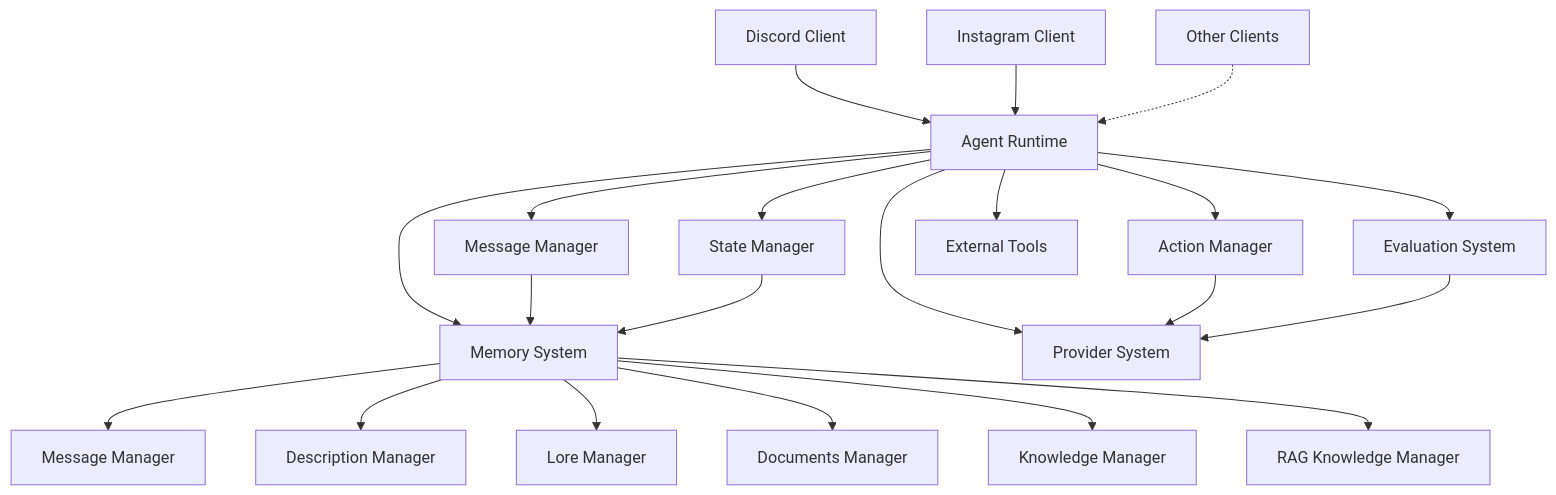
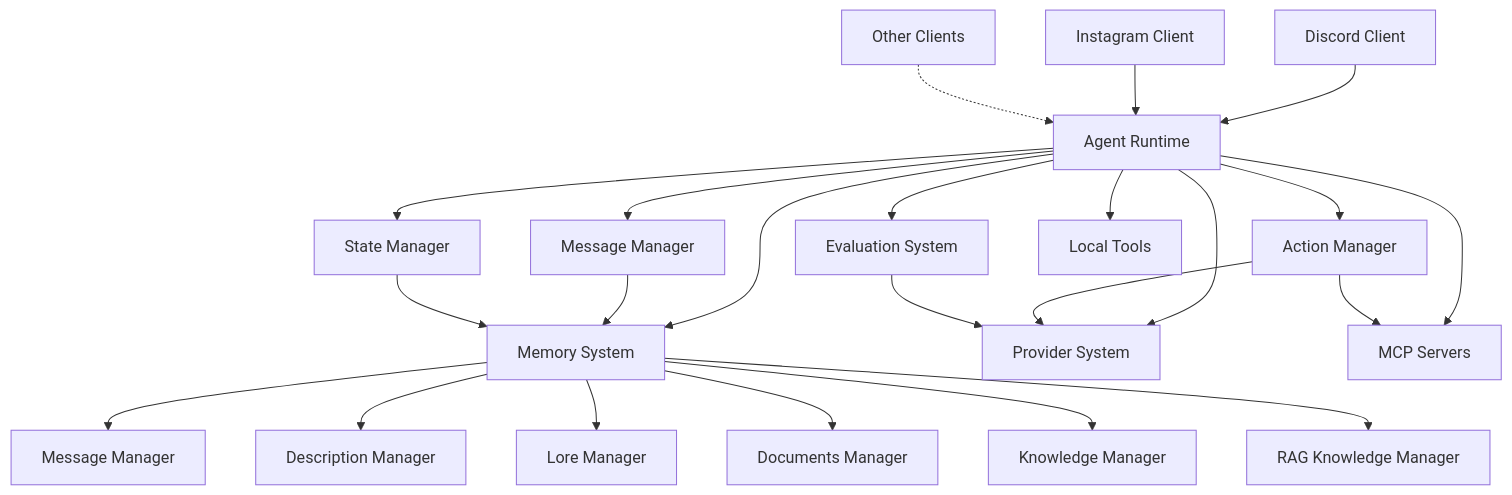
One commit to granthooks/Carrier changed the first of 5 diagrams in memory-bank/systemPatterns.md. Above: the diagram before and after it, drawn with Mermaid. The commit also changed other lines of this file and 6 other files, not shown here.

````diff
--- a/memory-bank/systemPatterns.md
+++ b/memory-bank/systemPatterns.md
@@ -6,26 +6,28 @@
 ```mermaid
 graph TD
     A[Agent Runtime] --> B[Message Manager]
     A --> C[State Manager]
     A --> D[Action Manager]
     A --> E[Evaluation System]
     A --> F[Memory System]
     A --> G[Provider System]
-    
+    A --> J[MCP Servers]
+
     B --> F
     C --> F
     D --> G
+    D --> J
     E --> G
     
     H1[Discord Client] --> A
     H2[Instagram Client] --> A
     H3[Other Clients] -.-> A
-    A --> I[External Tools]
+    A --> I[Local Tools]
     
     F --> F1[Message Manager]
     F --> F2[Description Manager]
     F --> F3[Lore Manager]
     F --> F4[Documents Manager]
     F --> F5[Knowledge Manager]
     F --> F6[RAG Knowledge Manager]
 ```
````
